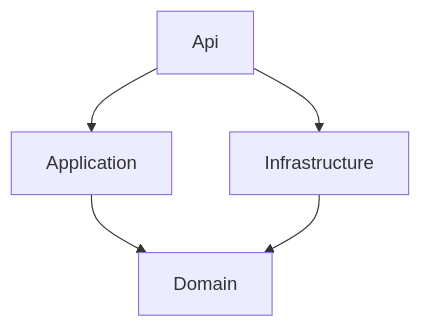
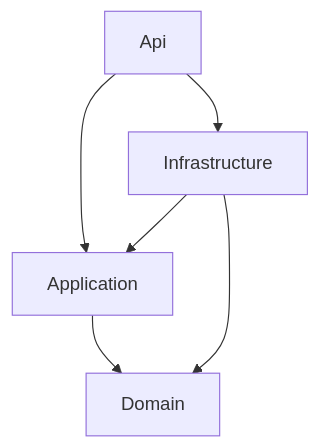
One commit to Webhooks-Ltd/dotnet-patterns changed the diagram in patterns/STR002 - clean-architecture-lite.md. Above: the diagram before and after it, drawn with Mermaid. The commit also changed other lines of this file and 10 other files, not shown here.

````diff
--- a/patterns/STR002 - clean-architecture-lite.md
+++ b/patterns/STR002 - clean-architecture-lite.md
@@ -99,5 +100,7 @@
 ```mermaid
 graph TD
     Api --> Application --> Domain
-    Api --> Infrastructure --> Domain
+    Api --> Infrastructure
+    Infrastructure --> Application
+    Infrastructure --> Domain
 ```
````
